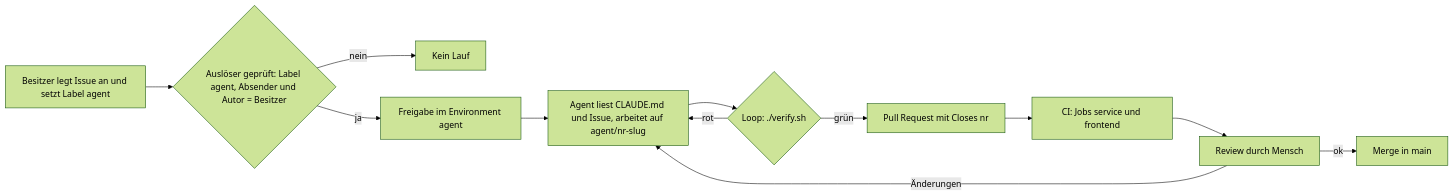
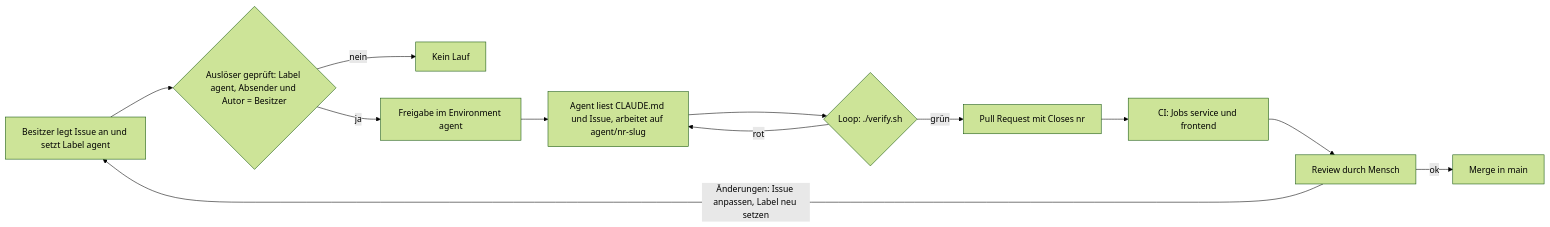
Before and after one commit to juheba/sw-factory-tryout: the second of 2 diagrams in docs/process.md, drawn with Mermaid (forest theme). The commit also changed other lines of this file, not shown here.

First line of the commit message:
docs: Review-Kante im Stufe-2-Diagramm korrigieren

````diff
--- a/docs/process.md
+++ b/docs/process.md
@@ -23,14 +23,14 @@
 ```mermaid
 flowchart LR
     O[Besitzer legt Issue an und setzt Label agent] --> T{Auslöser geprüft: Label agent, Absender und Autor = Besitzer}
     T -->|nein| X[Kein Lauf]
     T -->|ja| E[Freigabe im Environment agent]
     E --> A[Agent liest CLAUDE.md und Issue, arbeitet auf agent/nr-slug]
     A --> L{Loop: ./verify.sh}
     L -->|rot| A
     L -->|grün| PR[Pull Request mit Closes nr]
     PR --> CI[CI: Jobs service und frontend]
     CI --> R[Review durch Mensch]
-    R -->|Änderungen| A
+    R -->|Änderungen: Issue anpassen, Label neu setzen| O
     R -->|ok| M[Merge in main]
 ```
````
